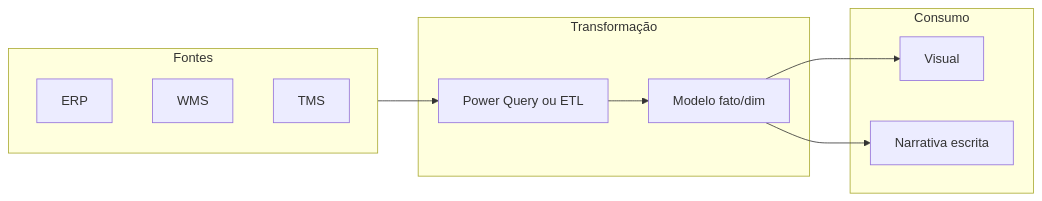
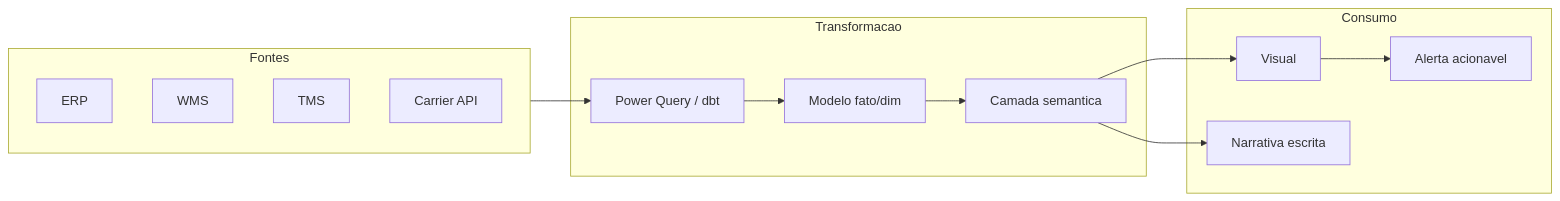
One commit to cleberhensel/logisticon-academy changed the diagram in aulas/trilha-dados-analytics-logistica/modulo-01-data-analytics-para-logistica/aula-03-visualizacao-narrativa-logistica.md. Above: the diagram before and after it, drawn with Mermaid. The commit also changed other lines of this file and 122 other files, not shown here.

````diff
--- a/aulas/trilha-dados-analytics-logistica/modulo-01-data-analytics-para-logistica/aula-03-visualizacao-narrativa-logistica.md
+++ b/aulas/trilha-dados-analytics-logistica/modulo-01-data-analytics-para-logistica/aula-03-visualizacao-narrativa-logistica.md
@@ -28,18 +59,22 @@
 ```mermaid
 flowchart LR
   subgraph fontes["Fontes"]
     A[ERP]
     B[WMS]
     C[TMS]
+    D[Carrier API]
   end
-  subgraph transform["Transformação"]
-    P[Power Query ou ETL]
+  subgraph transform["Transformacao"]
+    P[Power Query / dbt]
     M[Modelo fato/dim]
+    S[Camada semantica]
   end
   subgraph consumo["Consumo"]
     V[Visual]
     N[Narrativa escrita]
+    AL[Alerta acionavel]
   end
-  fontes --> P --> M --> V
-  M --> N
+  fontes --> P --> M --> S --> V
+  S --> N
+  V --> AL
 ```
````
